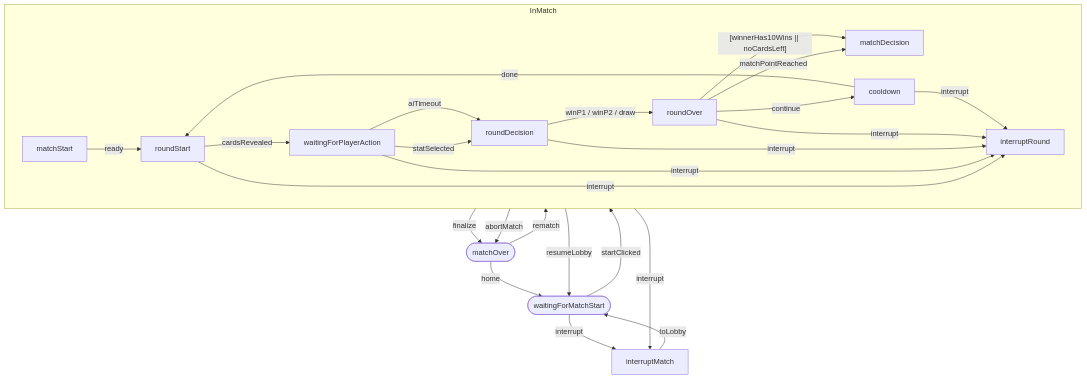
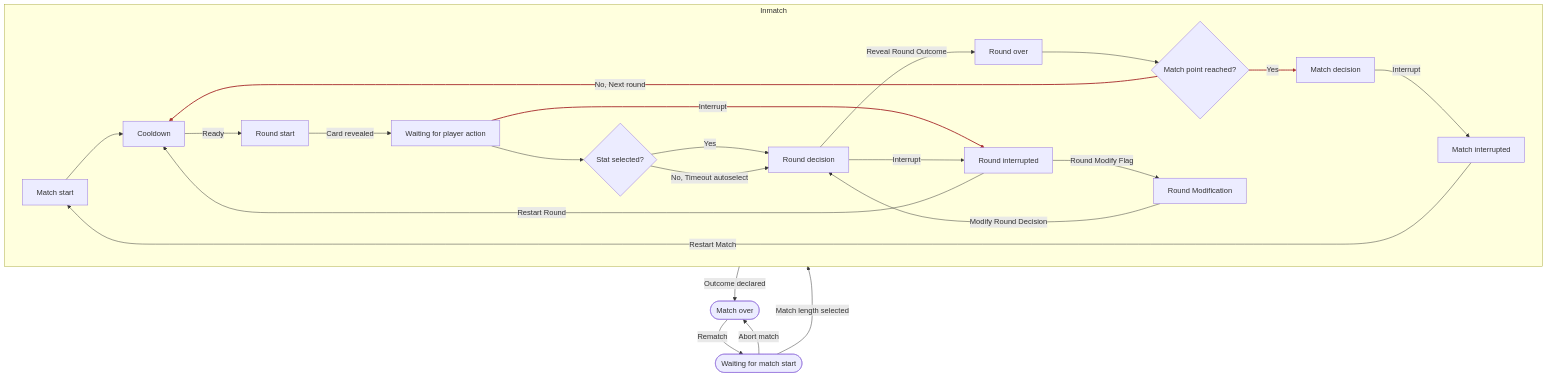
Before and after one commit to CyanAutomation/judokon: the diagram in design/productRequirementsDocuments/prdClassicBattle.md, drawn with Mermaid.

````diff
--- a/design/productRequirementsDocuments/prdClassicBattle.md
+++ b/design/productRequirementsDocuments/prdClassicBattle.md
@@ -74,40 +74,44 @@
 ```mermaid
 flowchart TD
-  A([waitingForMatchStart]) -->|startClicked| B[matchStart]
-  A -->|interrupt| M[interruptMatch]
+  %% Global direction
+  %% TD for overall flow; LR inside round loop for readability
 
-  subgraph InMatch
+  A([Waiting for match start]) -->|Match length selected| B[Match start]
+  A -->|Abort match| I([Match over])
+
+  subgraph Inmatch
     direction LR
-    B -->|ready| C[roundStart]
-    C -->|cardsRevealed| D[waitingForPlayerAction]
-    C -->|interrupt| L[interruptRound]
 
-    D -->|statSelected| E[roundDecision]
-    D -->|aiTimeout| E
-    D -->|interrupt| L
+    B --> C[Cooldown]
+    C -->|Ready| D[Round start]
+    D -->|Card revealed| E[Waiting for player action]
 
-    E -->|winP1 / winP2 / draw| F[roundOver]
-    E -->|interrupt| L
+    %% Decision: player acts or times out
+    E --> F{Stat selected?}
+    F -->|Yes| G[Round decision]
+    F -->|No, Timeout autoselect| G
 
-    F -->|matchPointReached| G[matchDecision]
-    F -->|continue| H[cooldown]
-    F -->|interrupt| L
+    %% Decision: who won & what next
+    G --> |Reveal Round Outcome| H[Round over]
 
-    H -->|done| C
-    H -->|interrupt| L
+    H --> J{Match point reached?}
+    J -->|Yes| K[Match decision]
+    J -->|No, Next round| C
+
+    %% Interrupts within match
+    E -->|Interrupt| L[Round interrupted]
+    G -->|Interrupt| L
+    L -->|Round Modify Flag| N[Round Modification]
+    N -->|Modify Round Decision| G
+    K -->|Interrupt| M[Match interrupted]
   end
 
-  G -->|finalize| I([matchOver])
-  G -->|interrupt| M
+  %% Post‑match transitions
+  K -->|Outcome declared| I
+  L -->|Restart Round| C
+  M -->|Restart Match| B
+  I -->|Rematch| A
 
-  I -->|rematch| B
-  I -->|home| A
-
-  %% Guards
-  F -- [winnerHas10Wins || noCardsLeft] --> G
-
-  %% Interrupt rails
-  L -->|resumeLobby| A
-  L -->|abortMatch| I
-  M -->|toLobby| A
+  %% Optional: color the interrupt rails
+  linkStyle 10,11,12 stroke:#a33,stroke-width:2px
 ```
````
